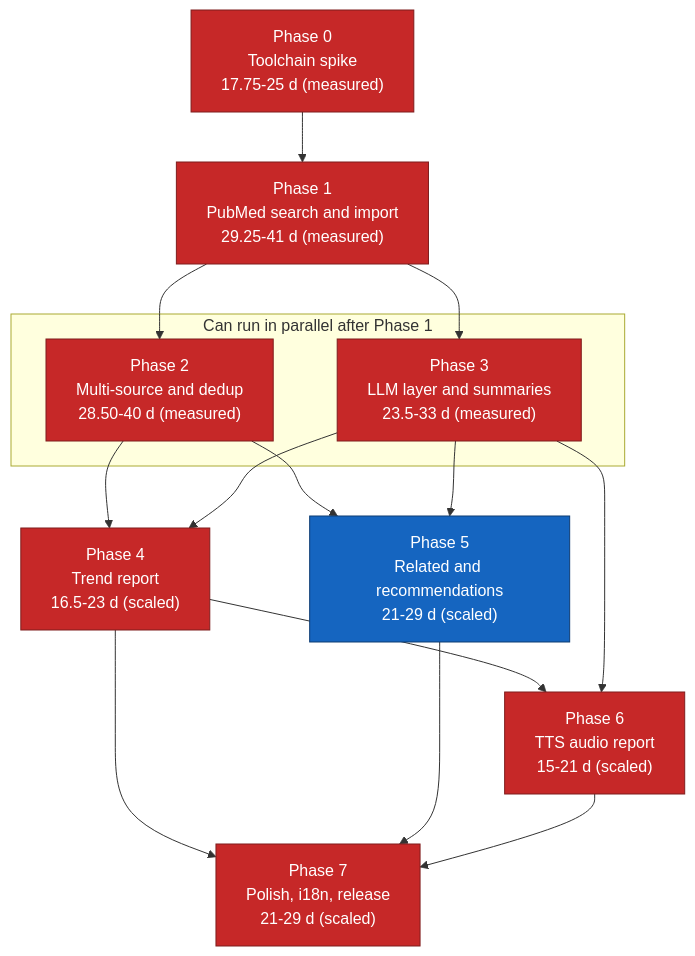
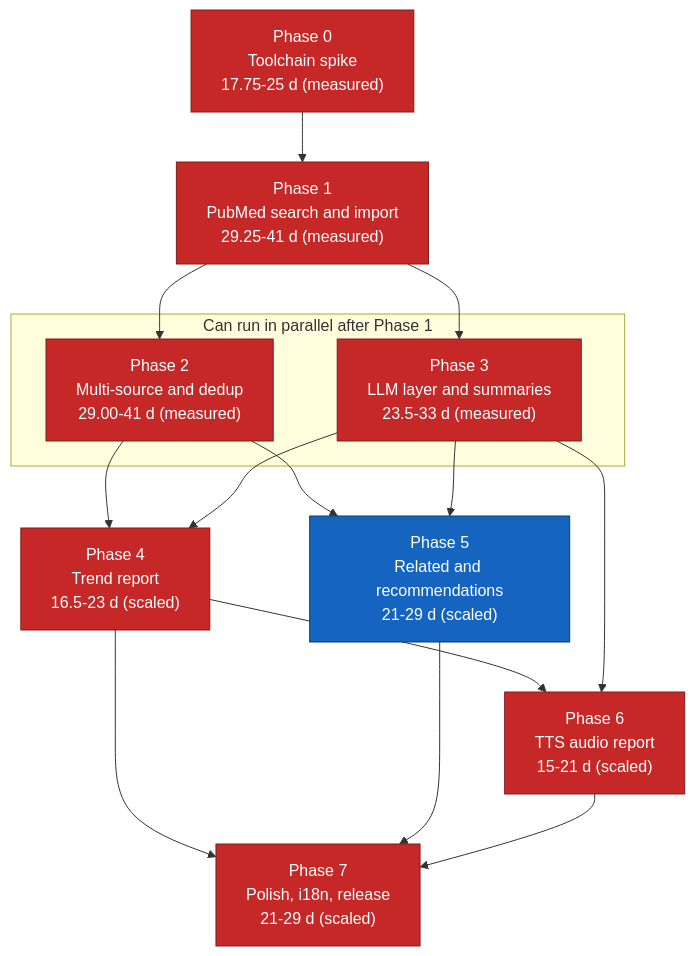
Before and after one commit to suppakoko/research_helper: the diagram in docs/11-implementation-roadmap.md, drawn with Mermaid. The commit also changed other lines of this file and 21 other files, not shown here.

````diff
--- a/docs/11-implementation-roadmap.md
+++ b/docs/11-implementation-roadmap.md
@@ -326,34 +326,34 @@
 ```mermaid
 graph TD
     P0["Phase 0<br/>Toolchain spike<br/>17.75-25 d (measured)"]
     P1["Phase 1<br/>PubMed search and import<br/>29.25-41 d (measured)"]
-    P2["Phase 2<br/>Multi-source and dedup<br/>28.50-40 d (measured)"]
+    P2["Phase 2<br/>Multi-source and dedup<br/>29.00-41 d (measured)"]
     P3["Phase 3<br/>LLM layer and summaries<br/>23.5-33 d (measured)"]
     P4["Phase 4<br/>Trend report<br/>16.5-23 d (scaled)"]
     P5["Phase 5<br/>Related and recommendations<br/>21-29 d (scaled)"]
     P6["Phase 6<br/>TTS audio report<br/>15-21 d (scaled)"]
     P7["Phase 7<br/>Polish, i18n, release<br/>21-29 d (scaled)"]
 
     P0 --> P1
     P1 --> P2
     P1 --> P3
     P2 --> P4
     P3 --> P4
     P2 --> P5
     P3 --> P5
     P4 --> P6
     P3 --> P6
     P4 --> P7
     P5 --> P7
     P6 --> P7
 
     subgraph parallel["Can run in parallel after Phase 1"]
         P2
         P3
     end
 
     classDef critical fill:#c62828,stroke:#7f1d1d,color:#ffffff
     classDef normal fill:#1565c0,stroke:#0d3c73,color:#ffffff
     class P0,P1,P2,P3,P4,P6,P7 critical
     class P5 normal
 ```
````
